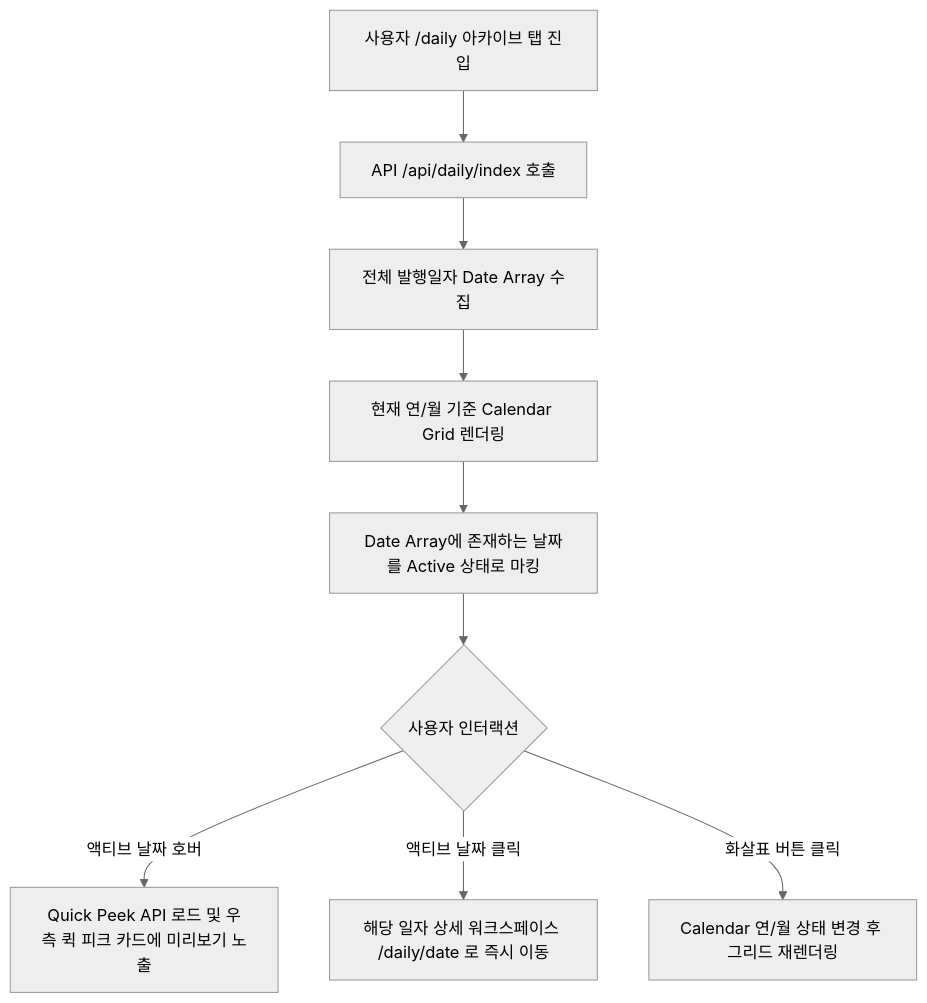
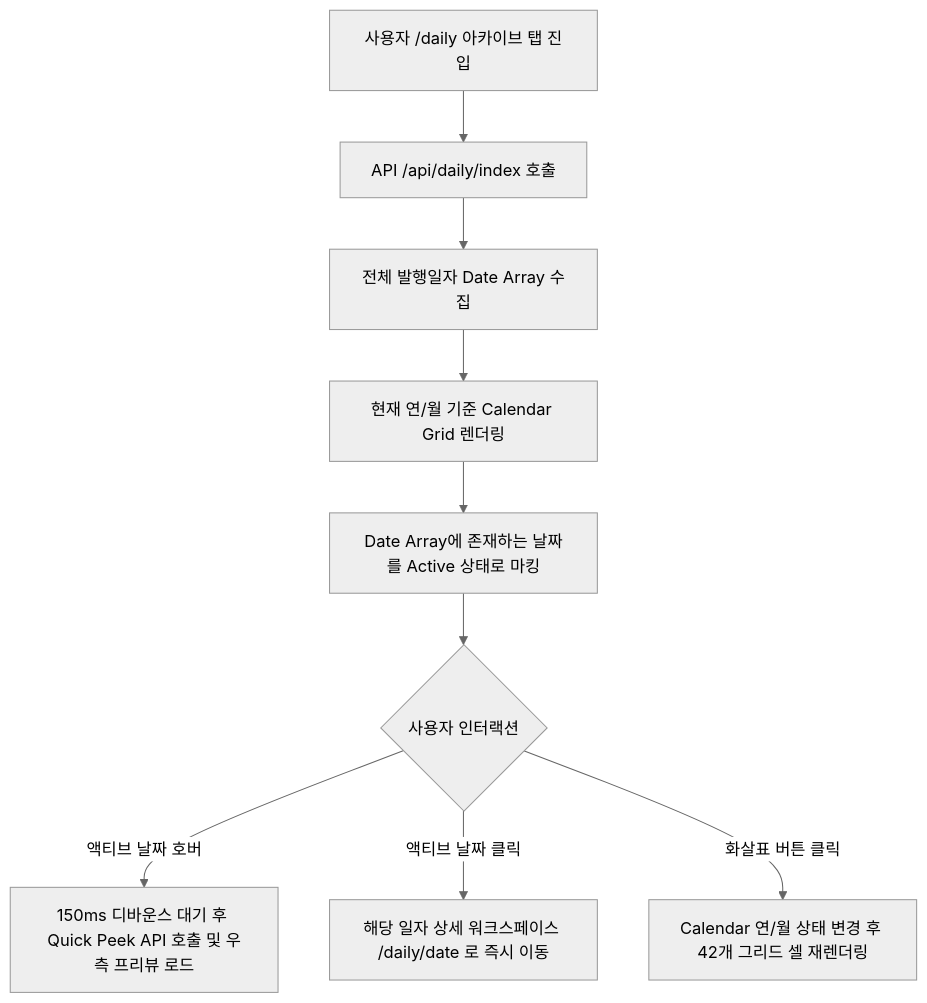
Before and after one commit to matthewshim/PriSincera: the diagram in docs/design/PriSincera_Daily_Calendar_UI.md, drawn with Mermaid (neutral theme). The commit also changed other lines of this file and 2 other files, not shown here.

Commit message:
docs: update daily and pacenote calendar specs to implemented status

````diff
--- a/docs/design/PriSincera_Daily_Calendar_UI.md
+++ b/docs/design/PriSincera_Daily_Calendar_UI.md
@@ -48,12 +39,12 @@
 ```mermaid
 graph TD
     A[사용자 /daily 아카이브 탭 진입] --> B[API /api/daily/index 호출]
     B --> C[전체 발행일자 Date Array 수집]
     C --> D[현재 연/월 기준 Calendar Grid 렌더링]
     D --> E[Date Array에 존재하는 날짜를 Active 상태로 마킹]
     
     E --> F{사용자 인터랙션}
-    F -->|액티브 날짜 호버| G[Quick Peek API 로드 및 우측 퀵 피크 카드에 미리보기 노출]
+    F -->|액티브 날짜 호버| G[150ms 디바운스 대기 후 Quick Peek API 호출 및 우측 프리뷰 로드]
     F -->|액티브 날짜 클릭| H[해당 일자 상세 워크스페이스 /daily/date 로 즉시 이동]
-    F -->|화살표 버튼 클릭| I[Calendar 연/월 상태 변경 후 그리드 재렌더링]
+    F -->|화살표 버튼 클릭| I[Calendar 연/월 상태 변경 후 42개 그리드 셀 재렌더링]
 ```
````
